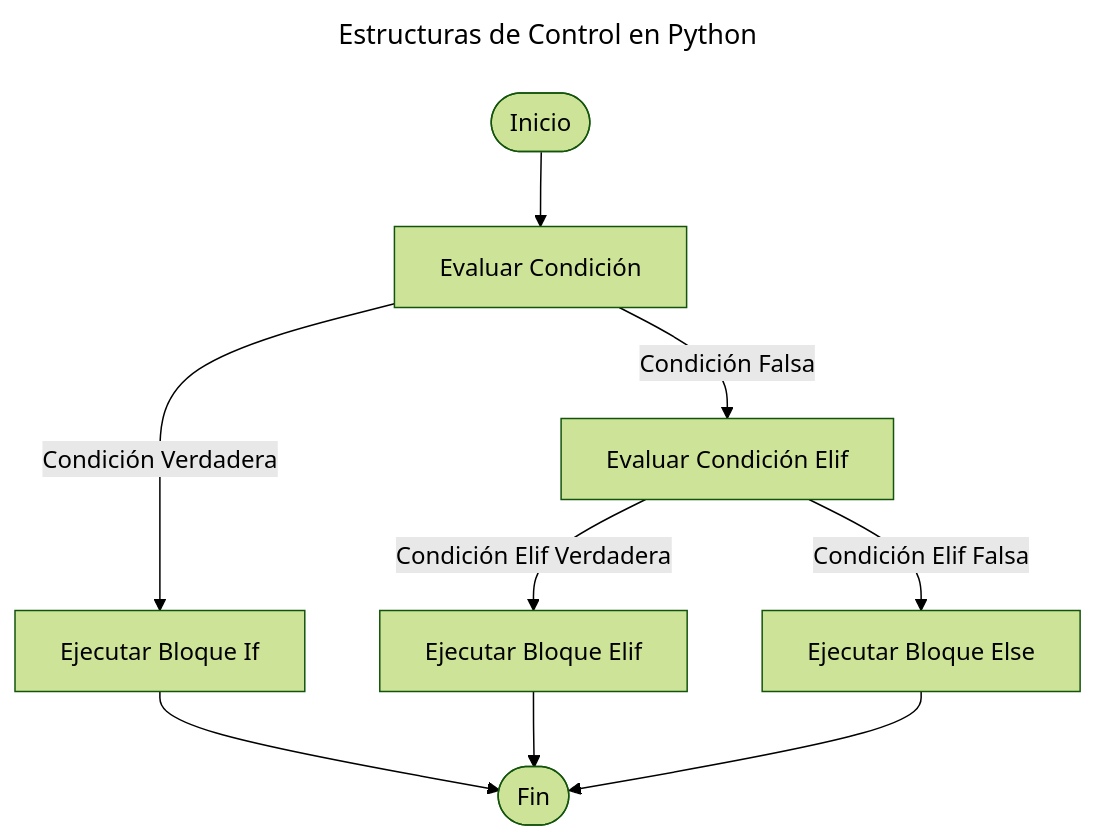
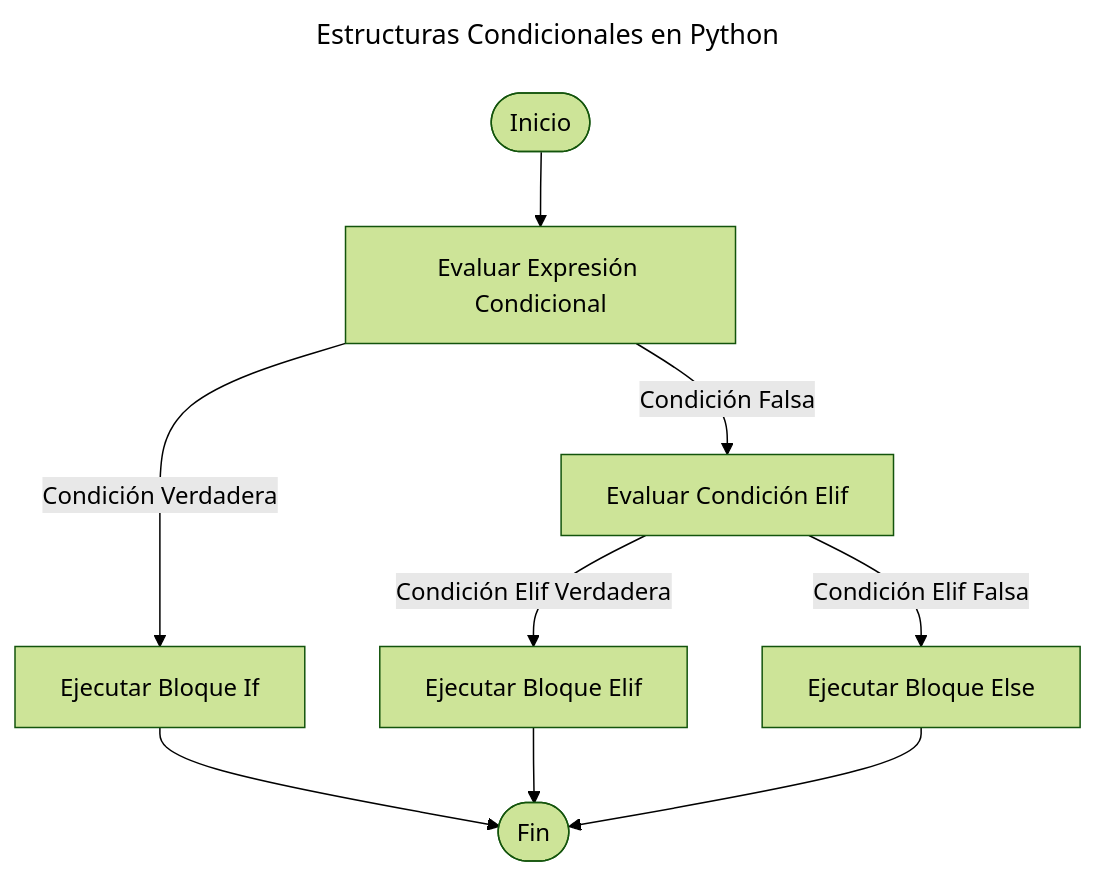
One commit to EniDev911/portfolio_crispy changed the diagram in _posts/lenguajes-de-programacion/python/1-basico/2022-01-04-estructuras-de-control-if-else-elif.md. Above: the diagram before and after it, drawn with Mermaid (forest theme). The commit also changed other lines of this file, not shown here.

````diff
--- a/_posts/lenguajes-de-programacion/python/1-basico/2022-01-04-estructuras-de-control-if-else-elif.md
+++ b/_posts/lenguajes-de-programacion/python/1-basico/2022-01-04-estructuras-de-control-if-else-elif.md
@@ -26,14 +38,14 @@
 ```mermaid
 ---
-title: Estructuras de Control en Python
+title: Estructuras Condicionales en Python
 ---
 graph TD
-    A([Inicio]) --> B[Evaluar Condición]
+    A([Inicio]) --> B[Evaluar Expresión Condicional]
     B -->|Condición Verdadera| C[Ejecutar Bloque If]
     B -->|Condición Falsa| D[Evaluar Condición Elif]
     D -->|Condición Elif Verdadera| E[Ejecutar Bloque Elif]
     D -->|Condición Elif Falsa| F[Ejecutar Bloque Else]
     C --> G([Fin])
     E --> G
     F --> G
 ```
````
